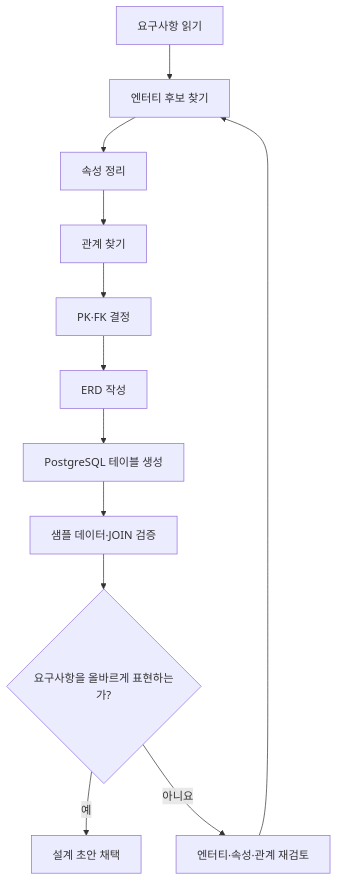
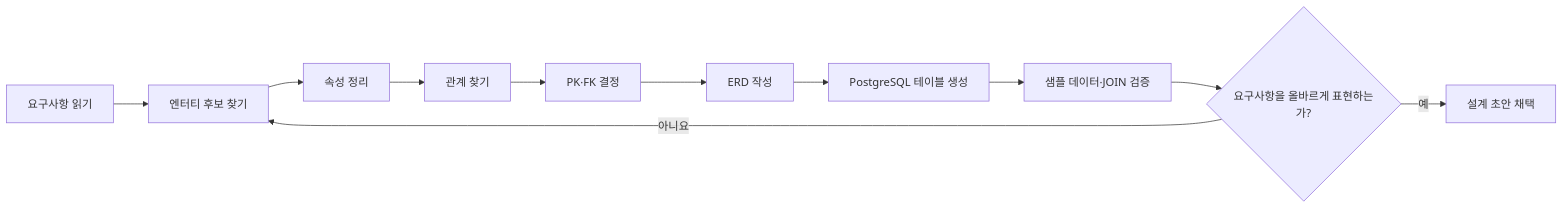
Before and after one commit to GilbertMoon/ai-database-book: the diagram in images/chapter05/ch05_01_modeling_process.mmd, drawn with Mermaid.

Commit message:
Finalize Chapter 05 modeling flow Mermaid

```diff
--- a/images/chapter05/ch05_01_modeling_process.mmd
+++ b/images/chapter05/ch05_01_modeling_process.mmd
@@ -1,16 +1,11 @@
-flowchart TD
-    A[요구사항 읽기]
-    B[엔터티 후보 찾기]
-    C[속성 정리]
-    D[관계 찾기]
-    E[PK·FK 결정]
-    F[ERD 작성]
-    G[PostgreSQL 테이블 생성]
-    H[샘플 데이터·JOIN 검증]
-    I{요구사항을 올바르게 표현하는가?}
-    J[설계 초안 채택]
-    K[엔터티·속성·관계 재검토]
-
-    A --> B --> C --> D --> E --> F --> G --> H --> I
-    I -- 예 --> J
-    I -- 아니요 --> K --> B
+flowchart LR
+    A[요구사항 읽기] --> B[엔터티 후보 찾기]
+    B --> C[속성 정리]
+    C --> D[관계 찾기]
+    D --> E[PK·FK 결정]
+    E --> F[ERD 작성]
+    F --> G[PostgreSQL 테이블 생성]
+    G --> H[샘플 데이터·JOIN 검증]
+    H --> I{요구사항을 올바르게 표현하는가?}
+    I -- 예 --> J[설계 초안 채택]
+    I -- 아니요 --> B
```
